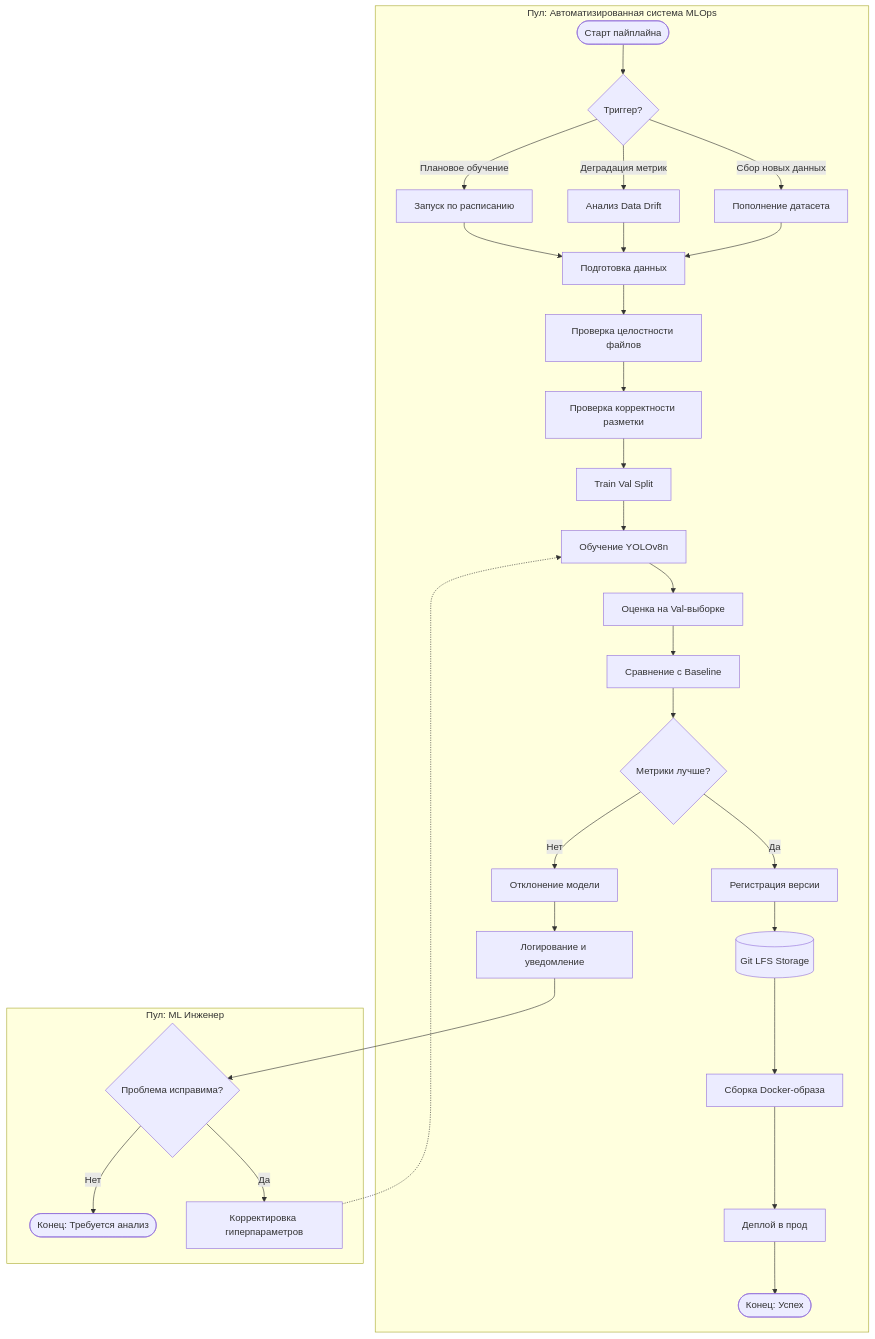
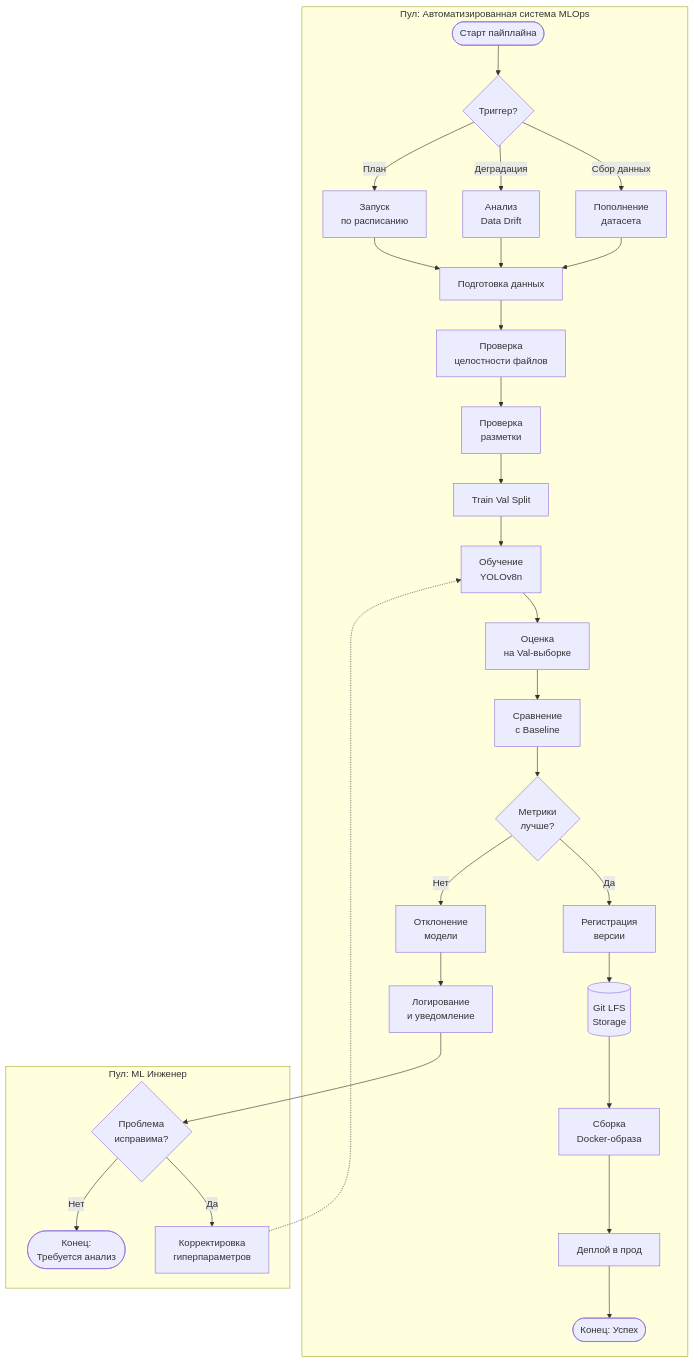
The diagram in docs/Model_retrain_BPMN.md (aunwaveringkh-art/Wheat_detection), drawn with Mermaid before and after one commit.

````diff
--- a/docs/Model_retrain_BPMN.md
+++ b/docs/Model_retrain_BPMN.md
@@ -5,44 +5,44 @@
 ```mermaid
 flowchart TD
     %% ПУЛ 1: Автоматизированная система
     subgraph Automation [Пул: Автоматизированная система MLOps]
         Start([Старт пайплайна]) --> Triggers{Триггер?}
-        Triggers -->|Сбор новых данных| T1[Пополнение датасета]
-        Triggers -->|Деградация метрик| T2[Анализ Data Drift]
-        Triggers -->|Плановое обучение| T3[Запуск по расписанию]
+        Triggers -->|Сбор данных| T1[Пополнение<br>датасета]
+        Triggers -->|Деградация| T2[Анализ<br>Data Drift]
+        Triggers -->|План| T3[Запуск<br>по расписанию]
         
         T1 --> DataPrep
         T2 --> DataPrep
         T3 --> DataPrep
         
-        DataPrep[Подготовка данных] --> ValidateFormat[Проверка целостности файлов]
-        ValidateFormat --> ValidateLabels[Проверка корректности разметки]
+        DataPrep[Подготовка данных] --> ValidateFormat[Проверка<br>целостности файлов]
+        ValidateFormat --> ValidateLabels[Проверка<br>разметки]
         ValidateLabels --> SplitData[Train Val Split]
         
-        SplitData --> TrainModel[Обучение YOLOv8n]
-        TrainModel --> EvalModel[Оценка на Val-выборке]
-        EvalModel --> CompareMetrics[Сравнение с Baseline]
+        SplitData --> TrainModel[Обучение<br>YOLOv8n]
+        TrainModel --> EvalModel[Оценка<br>на Val-выборке]
+        EvalModel --> CompareMetrics[Сравнение<br>с Baseline]
         
-        CompareMetrics --> Gateway{Метрики лучше?}
+        CompareMetrics --> Gateway{Метрики<br>лучше?}
         
         %% Ветка успеха
-        Gateway -->|Да| Register[Регистрация версии]
-        Register --> LFS[(Git LFS Storage)]
-        LFS --> BuildDocker[Сборка Docker-образа]
+        Gateway -->|Да| Register[Регистрация<br>версии]
+        Register --> LFS[(Git LFS<br>Storage)]
+        LFS --> BuildDocker[Сборка<br>Docker-образа]
         BuildDocker --> Deploy[Деплой в прод]
         Deploy --> EndSuccess([Конец: Успех])
         
         %% Ветка провала
-        Gateway -->|Нет| Reject[Отклонение модели]
-        Reject --> Log[Логирование и уведомление]
+        Gateway -->|Нет| Reject[Отклонение<br>модели]
+        Reject --> Log[Логирование<br>и уведомление]
     end
 
     %% ПУЛ 2: Человек
     subgraph Human [Пул: ML Инженер]
-        Log --> Decision{Проблема исправима?}
-        Decision -->|Да| Retry[Корректировка гиперпараметров]
-        Decision -->|Нет| EndFail([Конец: Требуется анализ])
+        Log --> Decision{Проблема<br>исправима?}
+        Decision -->|Да| Retry[Корректировка<br>гиперпараметров]
+        Decision -->|Нет| EndFail([Конец:<br>Требуется анализ])
     end
     
     Retry -.-> TrainModel
 ```
````
